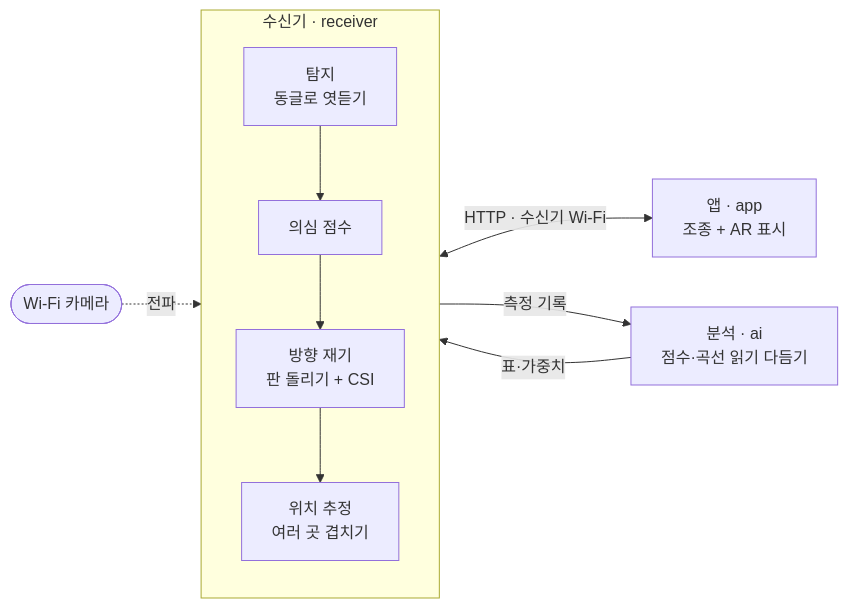
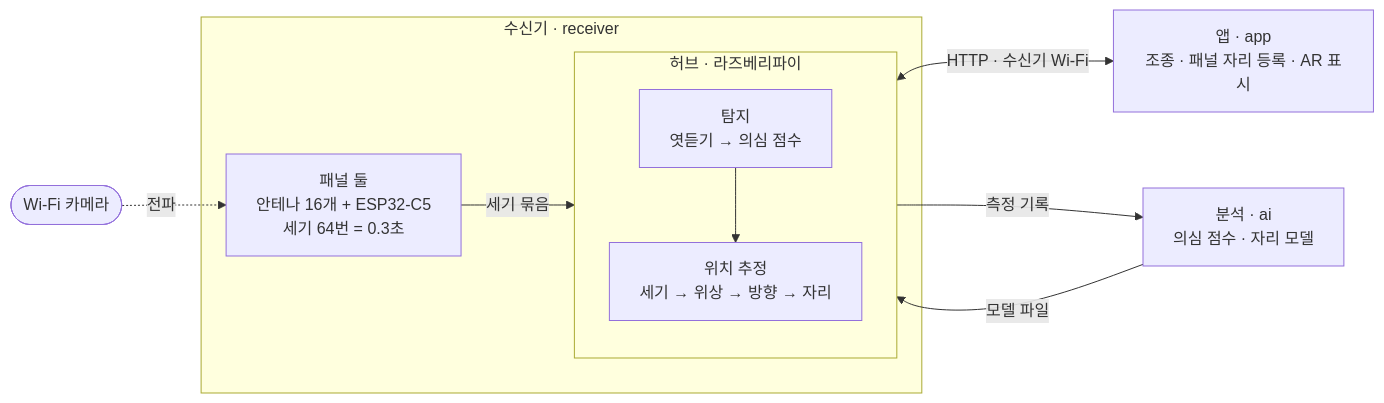
The diagram in specs/000-system/plan.md (DeteCam/docs), drawn with Mermaid before and after one commit. The commit also changed other lines of this file and 7 other files, not shown here.

````diff
--- a/specs/000-system/plan.md
+++ b/specs/000-system/plan.md
@@ -5,12 +5,13 @@
 ```mermaid
 flowchart LR
-  CAM([Wi-Fi 카메라]) -. 전파 .-> RX
+  CAM([Wi-Fi 카메라]) -. 전파 .-> P
   subgraph RX[수신기 · receiver]
-    D[탐지<br>동글로 엿듣기] --> S[의심 점수]
-    S --> M[방향 재기<br>판 돌리기 + CSI]
-    M --> L[위치 추정<br>여러 곳 겹치기]
+    P[패널 둘<br>안테나 16개 + ESP32-C5<br>세기 64번 = 0.3초] -- 세기 묶음 --> H
+    subgraph H[허브 · 라즈베리파이]
+      D[탐지<br>엿듣기 → 의심 점수] --> L[위치 추정<br>세기 → 위상 → 방향 → 자리]
+    end
   end
-  RX <-- "HTTP · 수신기 Wi-Fi" --> APP[앱 · app<br>조종 + AR 표시]
-  AI[분석 · ai<br>점수·곡선 읽기 다듬기] -- 표·가중치 --> RX
-  RX -- 측정 기록 --> AI
+  H <-- "HTTP · 수신기 Wi-Fi" --> APP[앱 · app<br>조종 · 패널 자리 등록 · AR 표시]
+  AI[분석 · ai<br>의심 점수 · 자리 모델] -- 모델 파일 --> H
+  H -- 측정 기록 --> AI
 ```
````
